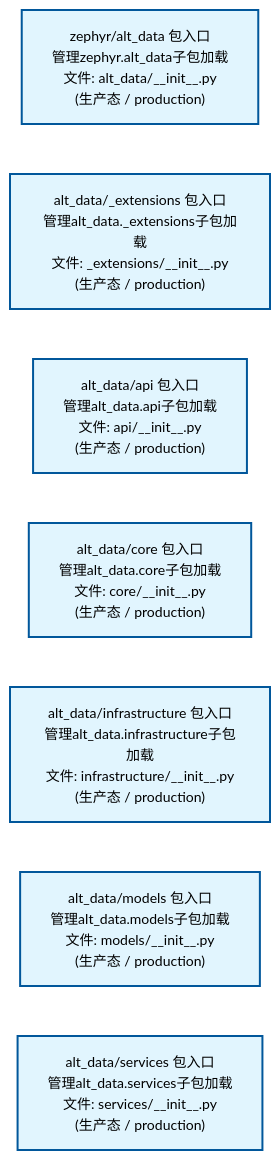
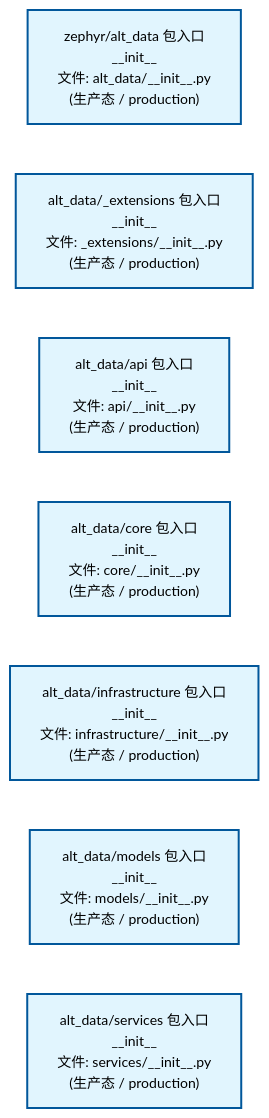
Before and after one commit to xuanFelixVan/ZephyrAlpha: the second of 2 diagrams in docs/02_enterprise_architecture/02_domain_architecture_docs/09_d_alt_data.md, drawn with Mermaid. The commit also changed other lines of this file and 56 other files, not shown here.

````diff
--- a/docs/02_enterprise_architecture/02_domain_architecture_docs/09_d_alt_data.md
+++ b/docs/02_enterprise_architecture/02_domain_architecture_docs/09_d_alt_data.md
@@ -80,22 +80,22 @@
 ```mermaid
 %%{init: {'theme': 'base', 'themeVariables': {'primaryColor': '#eaeaea', 'primaryTextColor': '#333333', 'primaryBorderColor': '#666666', 'lineColor': '#666666', 'secondaryColor': '#eaeaea', 'tertiaryColor': '#eaeaea', 'fontSize': '14px'}}}%%
 flowchart TD
-    src_zephyr_alt_data_init_py["zephyr/alt_data 包入口<br/>管理zephyr.alt_data子包加载<br/>文件: alt_data/__init__.py<br/>(生产态 / production)"]
-    src_zephyr_alt_data_extensions_init_py["alt_data/_extensions 包入口<br/>管理alt_data._extensions子包加载<br/>文件: _extensions/__init__.py<br/>(生产态 / production)"]
-    src_zephyr_alt_data_api_init_py["alt_data/api 包入口<br/>管理alt_data.api子包加载<br/>文件: api/__init__.py<br/>(生产态 / production)"]
-    src_zephyr_alt_data_core_init_py["alt_data/core 包入口<br/>管理alt_data.core子包加载<br/>文件: core/__init__.py<br/>(生产态 / production)"]
-    src_zephyr_alt_data_infrastructure_init_py["alt_data/infrastructure 包入口<br/>管理alt_data.infrastructure子包加载<br/>文件: infrastructure/__init__.py<br/>(生产态 / production)"]
-    src_zephyr_alt_data_models_init_py["alt_data/models 包入口<br/>管理alt_data.models子包加载<br/>文件: models/__init__.py<br/>(生产态 / production)"]
-    src_zephyr_alt_data_services_init_py["alt_data/services 包入口<br/>管理alt_data.services子包加载<br/>文件: services/__init__.py<br/>(生产态 / production)"]
+    src_zephyr_alt_data_init_py["zephyr/alt_data 包入口<br/>__init__<br/>文件: alt_data/__init__.py<br/>(生产态 / production)"]
+    src_zephyr_alt_data_extensions_init_py["alt_data/_extensions 包入口<br/>__init__<br/>文件: _extensions/__init__.py<br/>(生产态 / production)"]
+    src_zephyr_alt_data_api_init_py["alt_data/api 包入口<br/>__init__<br/>文件: api/__init__.py<br/>(生产态 / production)"]
+    src_zephyr_alt_data_core_init_py["alt_data/core 包入口<br/>__init__<br/>文件: core/__init__.py<br/>(生产态 / production)"]
+    src_zephyr_alt_data_infrastructure_init_py["alt_data/infrastructure 包入口<br/>__init__<br/>文件: infrastructure/__init__.py<br/>(生产态 / production)"]
+    src_zephyr_alt_data_models_init_py["alt_data/models 包入口<br/>__init__<br/>文件: models/__init__.py<br/>(生产态 / production)"]
+    src_zephyr_alt_data_services_init_py["alt_data/services 包入口<br/>__init__<br/>文件: services/__init__.py<br/>(生产态 / production)"]
     src_zephyr_alt_data_init_py ~~~ src_zephyr_alt_data_extensions_init_py
     src_zephyr_alt_data_extensions_init_py ~~~ src_zephyr_alt_data_api_init_py
     src_zephyr_alt_data_api_init_py ~~~ src_zephyr_alt_data_core_init_py
     src_zephyr_alt_data_core_init_py ~~~ src_zephyr_alt_data_infrastructure_init_py
     src_zephyr_alt_data_infrastructure_init_py ~~~ src_zephyr_alt_data_models_init_py
     src_zephyr_alt_data_models_init_py ~~~ src_zephyr_alt_data_services_init_py
     classDef production fill:#e1f5fe,stroke:#01579b,stroke-width:2px,color:#000
     classDef design fill:#fff3e0,stroke:#e65100,stroke-width:2px,color:#000,stroke-dasharray: 5 5
     classDef external_prod fill:#e8f4fd,stroke:#0277bd,stroke-width:1px,color:#000
     classDef external_design fill:#fff8e7,stroke:#ef6c00,stroke-width:1px,color:#000,stroke-dasharray: 5 5
     class src_zephyr_alt_data_init_py,src_zephyr_alt_data_extensions_init_py,src_zephyr_alt_data_api_init_py,src_zephyr_alt_data_core_init_py,src_zephyr_alt_data_infrastructure_init_py,src_zephyr_alt_data_models_init_py,src_zephyr_alt_data_services_init_py production
 ```
````
